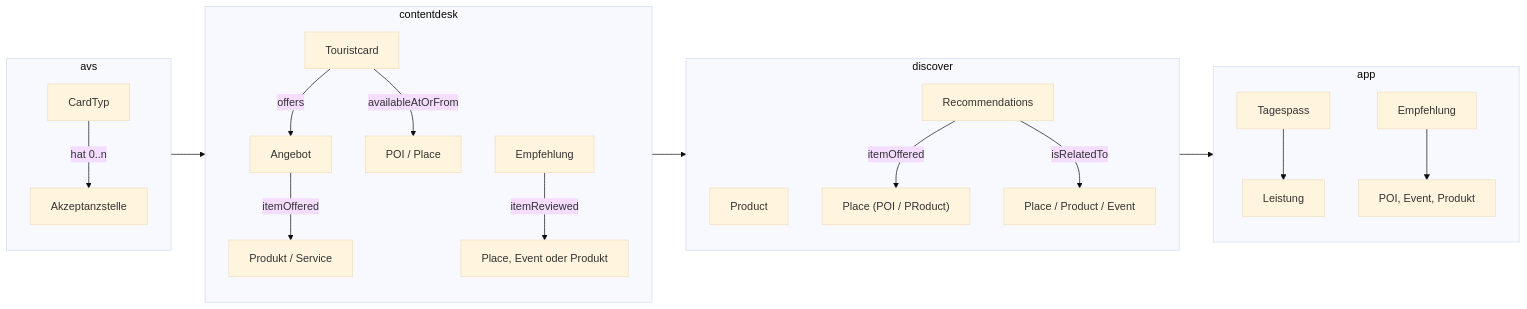
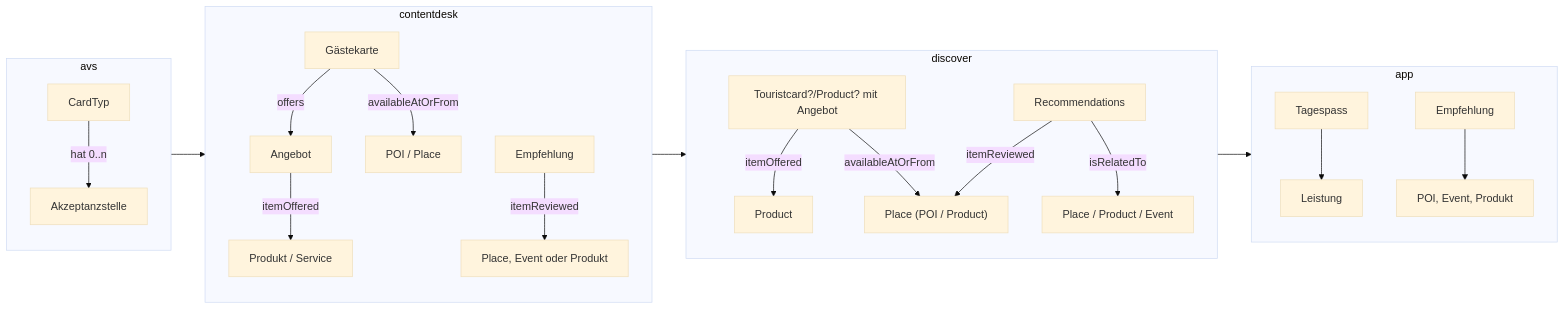
One commit to tsolenthaler/docs.contentdesk.io changed the second of 7 diagrams in docs/projects/glarnerlandApp.md. Above: the diagram before and after it, drawn with Mermaid (base theme). The commit also changed other lines of this file, not shown here.

Commit message:
Refactor schema links and update documentation in glarnerlandApp.md and Touristcard.md

````diff
--- a/docs/projects/glarnerlandApp.md
+++ b/docs/projects/glarnerlandApp.md
@@ -47,30 +47,31 @@
 ``` mermaid
 graph LR
     subgraph avs
         direction TB
         CardTyp --> | hat 0..n| Akzeptanzstelle
     end
     subgraph contentdesk
         direction TB
-        Touristcard --> |offers| Angebot
-        Touristcard --> |availableAtOrFrom| Ort["POI / Place"]
+        Gaestekarte["Gästekarte"] --> |offers| Angebot
+        Gaestekarte --> |availableAtOrFrom| Ort["POI / Place"]
         Angebot --> |itemOffered| Angebot2["Produkt / Service"]
         Empfehlung --> |itemReviewed| item["Place, Event oder Produkt"]
     end
     subgraph discover
         direction TB
-        Product
-        Recommendations -->|itemOffered|Place["Place (POI / PRoduct)"]
+        Touristcard["Touristcard?/Product? mit Angebot"] -->|itemOffered| Product
+        Touristcard -->|availableAtOrFrom|Place
+        Recommendations -->|itemReviewed|Place["Place (POI / Product)"]
         Recommendations -->|isRelatedTo|Place2["Place / Product / Event"]
     end
     subgraph app
         direction TB
         Tagespass --> Leistung
         EmpfehlungApp["Empfehlung"]
         EmpfehlungApp --> ItemApp["POI, Event, Produkt"]
     end
 
     avs --> contentdesk
     contentdesk --> discover
     discover --> app
 ```
````
